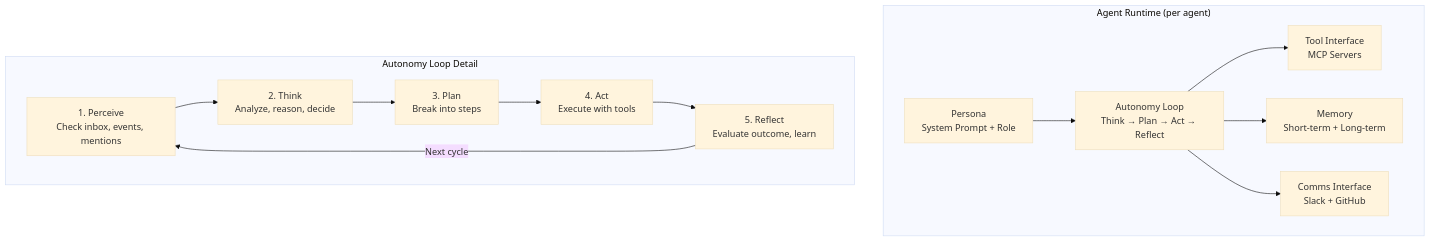
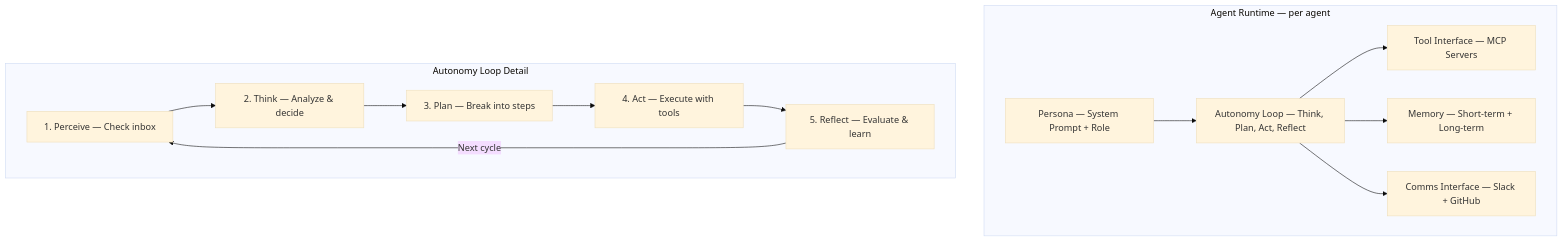
One commit to subzone/my-it-crew changed the seventh of 11 diagrams in plan.md. Above: the diagram before and after it, drawn with Mermaid (base theme). The commit also changed other lines of this file, not shown here.

Commit message:
fix: resolve Mermaid parse errors — use quoted labels instead of angle brackets and parentheses

````diff
--- a/plan.md
+++ b/plan.md
@@ -351,27 +351,27 @@
 ```mermaid
 graph TB
-    subgraph AgentRuntime["Agent Runtime (per agent)"]
-        PERSONA[Persona<br/>System Prompt + Role]
-        LOOP[Autonomy Loop<br/>Think → Plan → Act → Reflect]
-        TOOLS_INT[Tool Interface<br/>MCP Servers]
-        MEMORY_INT[Memory<br/>Short-term + Long-term]
-        COMMS_INT[Comms Interface<br/>Slack + GitHub]
+    subgraph AgentRuntime["Agent Runtime — per agent"]
+        PERSONA["Persona — System Prompt + Role"]
+        LOOP["Autonomy Loop — Think, Plan, Act, Reflect"]
+        TOOLS_INT["Tool Interface — MCP Servers"]
+        MEMORY_INT["Memory — Short-term + Long-term"]
+        COMMS_INT["Comms Interface — Slack + GitHub"]
     end
     
     subgraph Loop["Autonomy Loop Detail"]
         direction LR
-        PERCEIVE[1. Perceive<br/>Check inbox, events, mentions]
-        THINK[2. Think<br/>Analyze, reason, decide]
-        PLAN[3. Plan<br/>Break into steps]
-        ACT[4. Act<br/>Execute with tools]
-        REFLECT[5. Reflect<br/>Evaluate outcome, learn]
+        PERCEIVE["1. Perceive — Check inbox"]
+        THINK["2. Think — Analyze & decide"]
+        PLAN["3. Plan — Break into steps"]
+        ACT["4. Act — Execute with tools"]
+        REFLECT["5. Reflect — Evaluate & learn"]
     end
     
     PERSONA --> LOOP
     LOOP --> TOOLS_INT
     LOOP --> MEMORY_INT
     LOOP --> COMMS_INT
     
     PERCEIVE --> THINK --> PLAN --> ACT --> REFLECT
     REFLECT -->|"Next cycle"| PERCEIVE
 ```
````
